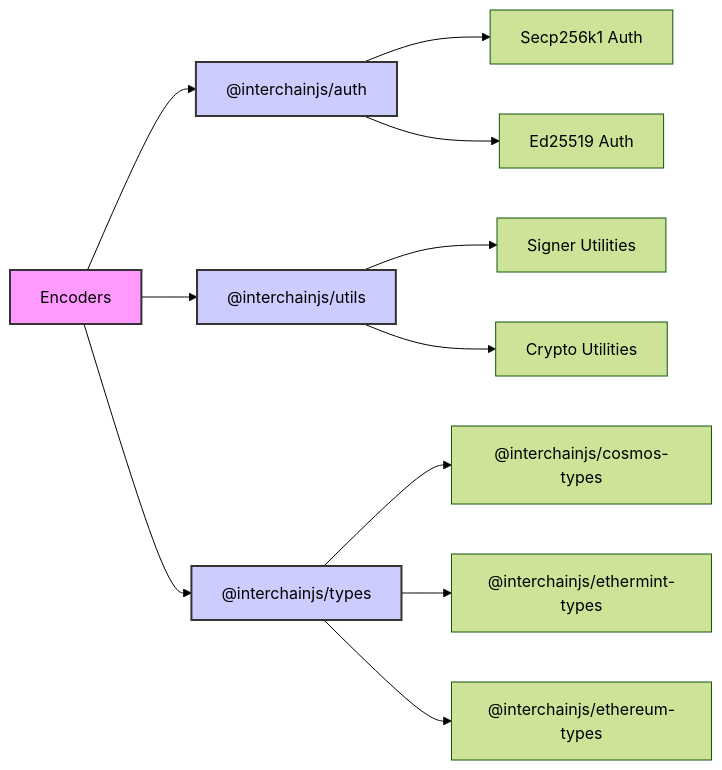
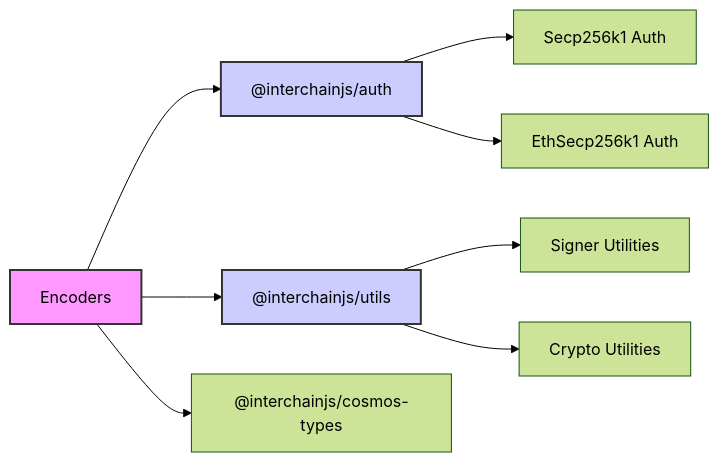
The second of 2 diagrams in README.md (cosmology-tech/interchainjs), drawn with Mermaid (forest theme) before and after one commit. The commit also changed other lines of this file and 1 other file, not shown here.

Commit message:
fix diagram of README and auth-wallet-signer

````diff
--- a/README.md
+++ b/README.md
@@ -52,21 +48,16 @@
 ```mermaid
 graph LR
     encoders[Encoders] --> auth["@interchainjs/auth"]
     encoders --> utils["@interchainjs/utils"]
-    encoders --> types["@interchainjs/types"]
+    encoders --> cosmos_types["@interchainjs/cosmos-types"]
 
     auth --> secp256k1_auth["Secp256k1 Auth"]
-    auth --> ed25519_auth["Ed25519 Auth"]
+    auth --> ethSecp256k1_auth["EthSecp256k1 Auth"]
 
     utils --> signer_utils["Signer Utilities"]
     utils --> crypto_utils["Crypto Utilities"]
 
-    types --> cosmos_types["@interchainjs/cosmos-types"]
-    types --> ethermint_types["@interchainjs/ethermint-types"]
-    types --> ethereum_types["@interchainjs/ethereum-types"]
-
     style encoders fill:#f9f,stroke:#333,stroke-width:2px
     style auth fill:#ccf,stroke:#333,stroke-width:2px
     style utils fill:#ccf,stroke:#333,stroke-width:2px
-    style types fill:#ccf,stroke:#333,stroke-width:2px
 ```
````
